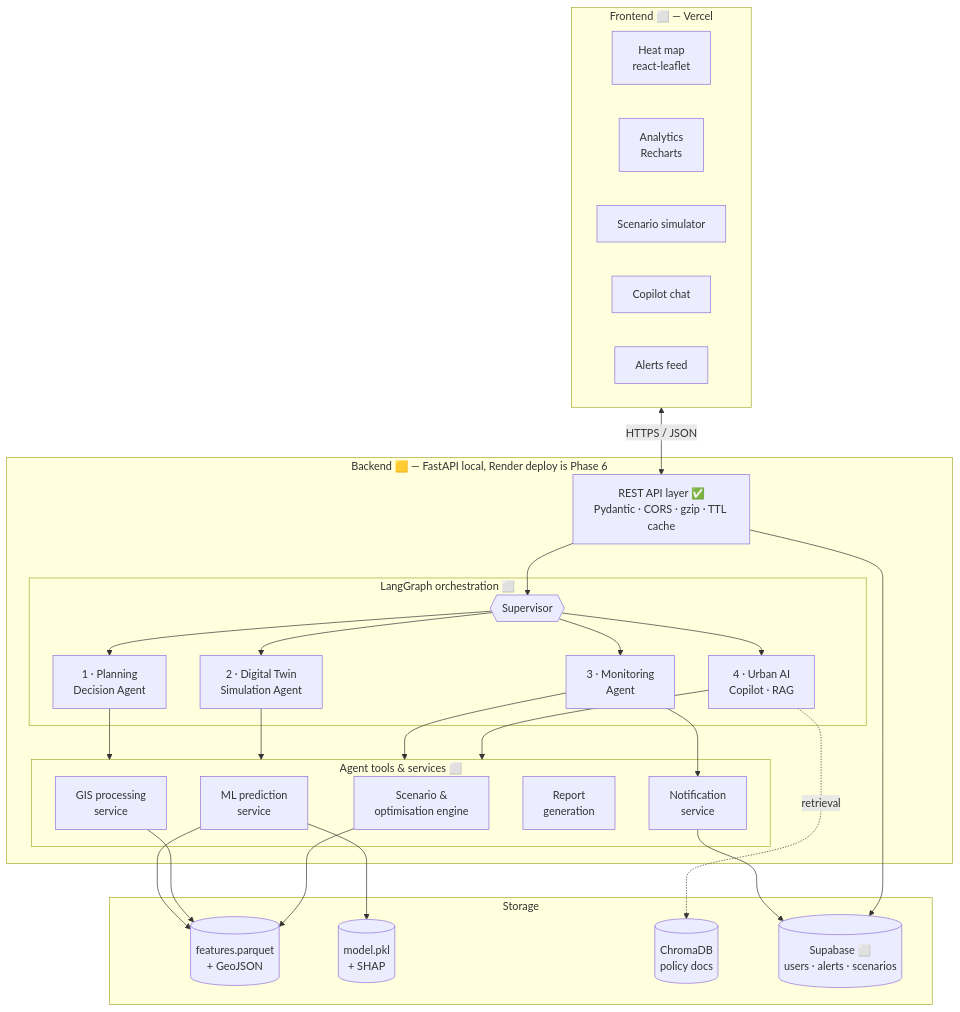
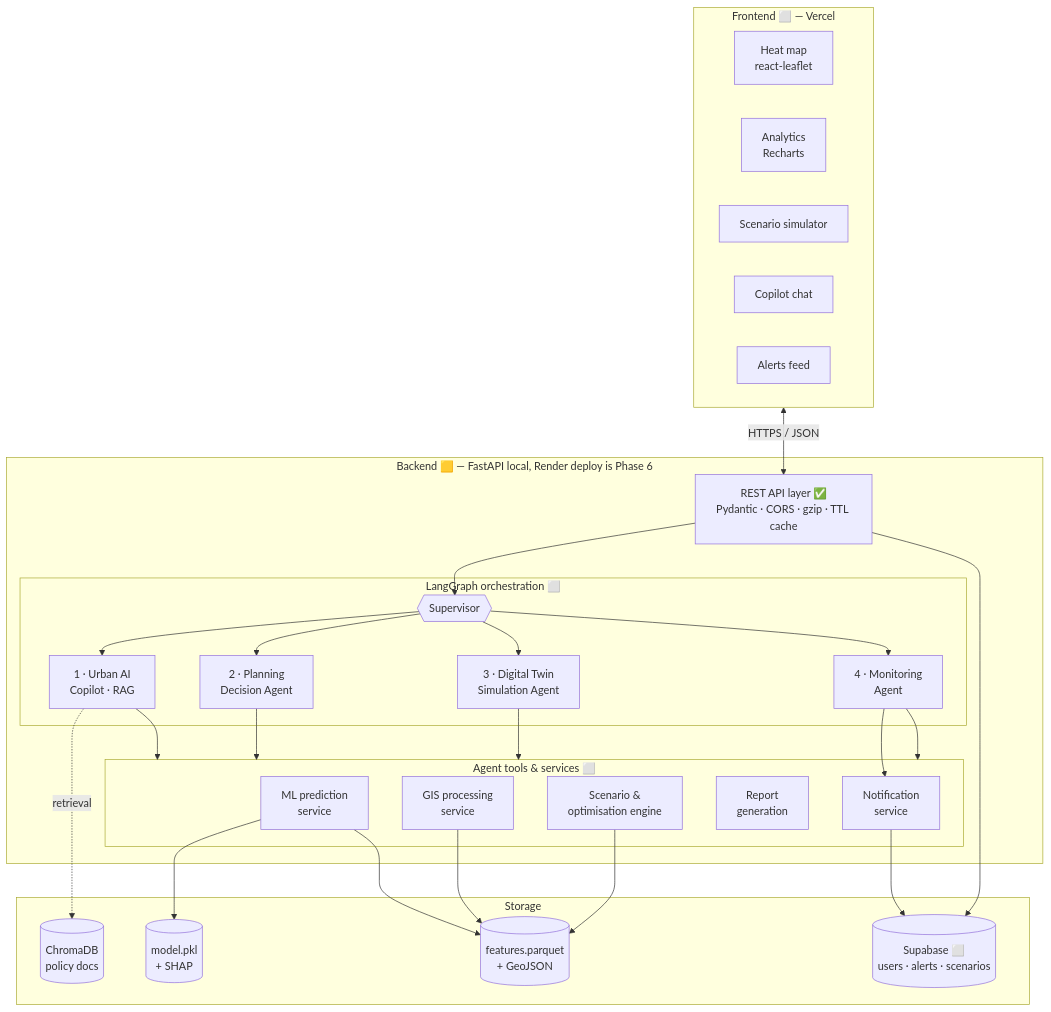
The second of 5 diagrams in docs/architecture.md (DevGurav/urbanheat-mumbai), drawn with Mermaid before and after one commit. The commit also changed 6 other files, not shown here.

````diff
--- a/docs/architecture.md
+++ b/docs/architecture.md
@@ -41,48 +41,48 @@
 ```mermaid
 flowchart TB
     subgraph FE["Frontend ⬜ — Vercel"]
         direction LR
         MAP[Heat map<br/>react-leaflet]
         AN[Analytics<br/>Recharts]
         SIM[Scenario simulator]
         CHAT[Copilot chat]
         ALR[Alerts feed]
     end
 
     subgraph BE["Backend 🟨 — FastAPI local, Render deploy is Phase 6"]
         API[REST API layer ✅<br/>Pydantic · CORS · gzip · TTL cache]
 
         subgraph AG["LangGraph orchestration ⬜"]
             SUP{{Supervisor}}
-            A1[1 · Planning<br/>Decision Agent]
-            A2[2 · Digital Twin<br/>Simulation Agent]
-            A3[3 · Monitoring<br/>Agent]
-            A4[4 · Urban AI<br/>Copilot · RAG]
+            A1[1 · Urban AI<br/>Copilot · RAG]
+            A2[2 · Planning<br/>Decision Agent]
+            A3[3 · Digital Twin<br/>Simulation Agent]
+            A4[4 · Monitoring<br/>Agent]
         end
 
         subgraph SVC["Agent tools & services ⬜"]
             MLS[ML prediction<br/>service]
             GIS[GIS processing<br/>service]
             SCN[Scenario &<br/>optimisation engine]
             RPT[Report<br/>generation]
             NTF[Notification<br/>service]
         end
     end
 
     subgraph ST["Storage"]
         FEAT[(features.parquet<br/>+ GeoJSON)]
         MDL[(model.pkl<br/>+ SHAP)]
         VEC[(ChromaDB<br/>policy docs)]
         SUPA[(Supabase ⬜<br/>users · alerts · scenarios)]
     end
 
     FE <-->|HTTPS / JSON| API
     API --> SUP
     SUP --> A1 & A2 & A3 & A4
     A1 & A2 & A3 & A4 --> SVC
-    A4 -.retrieval.-> VEC
+    A1 -.retrieval.-> VEC
     MLS --> MDL
     MLS & GIS & SCN --> FEAT
-    A3 --> NTF --> SUPA
+    A4 --> NTF --> SUPA
     API --> SUPA
 ```
````
